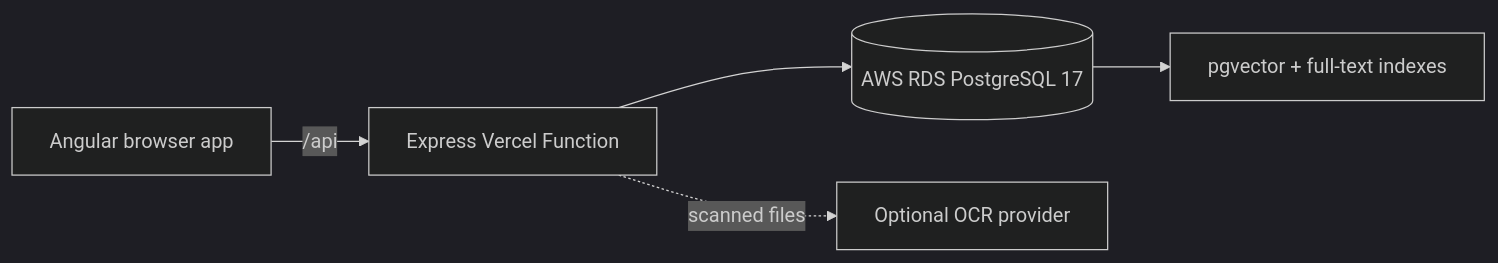
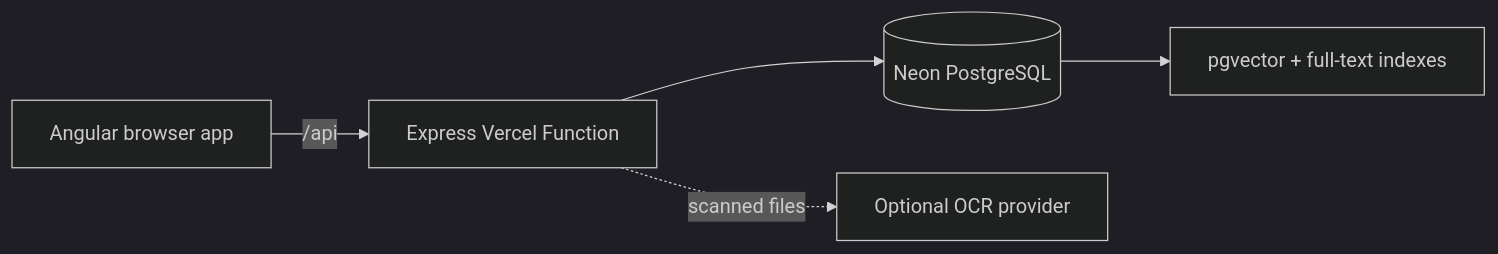
Before and after one commit to nycodez/hackathon-memory: the diagram in README.md, drawn with Mermaid (dark theme). The commit also changed other lines of this file and 22 other files, not shown here.

````diff
--- a/README.md
+++ b/README.md
@@ -23,7 +26,7 @@
 ```mermaid
 flowchart LR
   B[Angular browser app] -->|/api| V[Express Vercel Function]
-  V --> R[(AWS RDS PostgreSQL 17)]
+  V --> R[(Neon PostgreSQL)]
   R --> P[pgvector + full-text indexes]
   V -. scanned files .-> O[Optional OCR provider]
 ```
````
